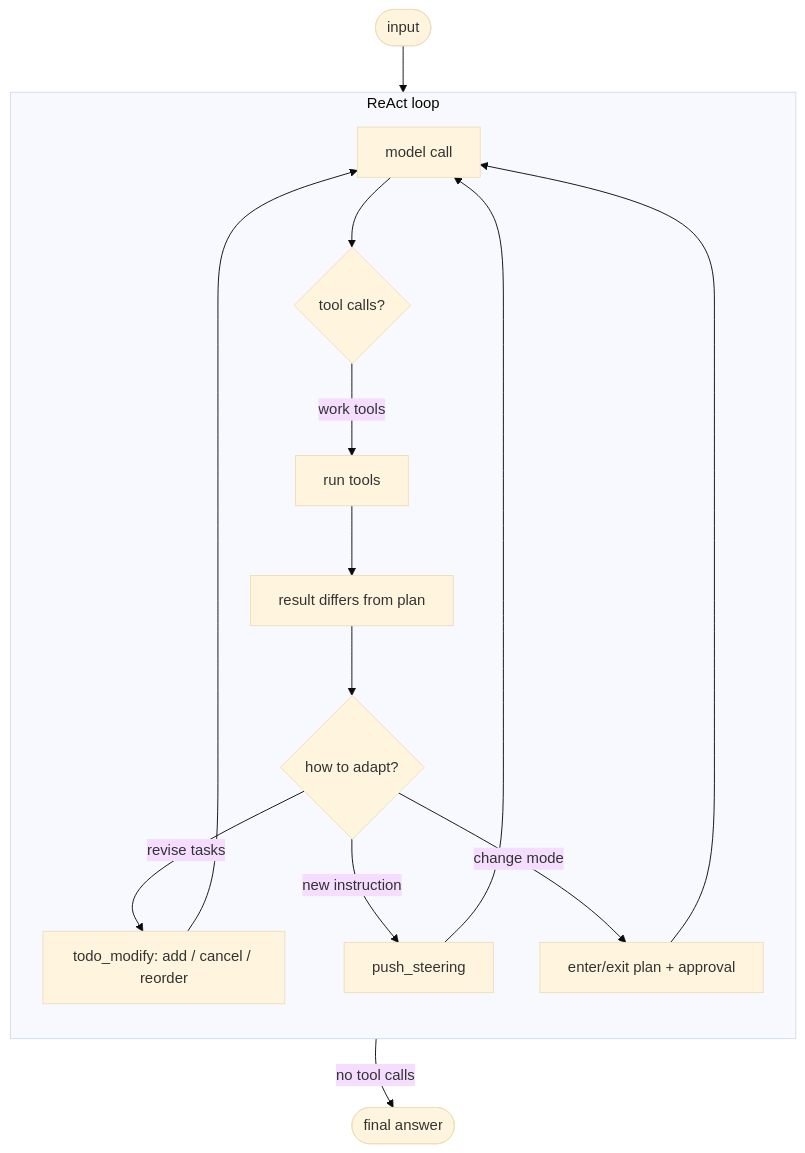
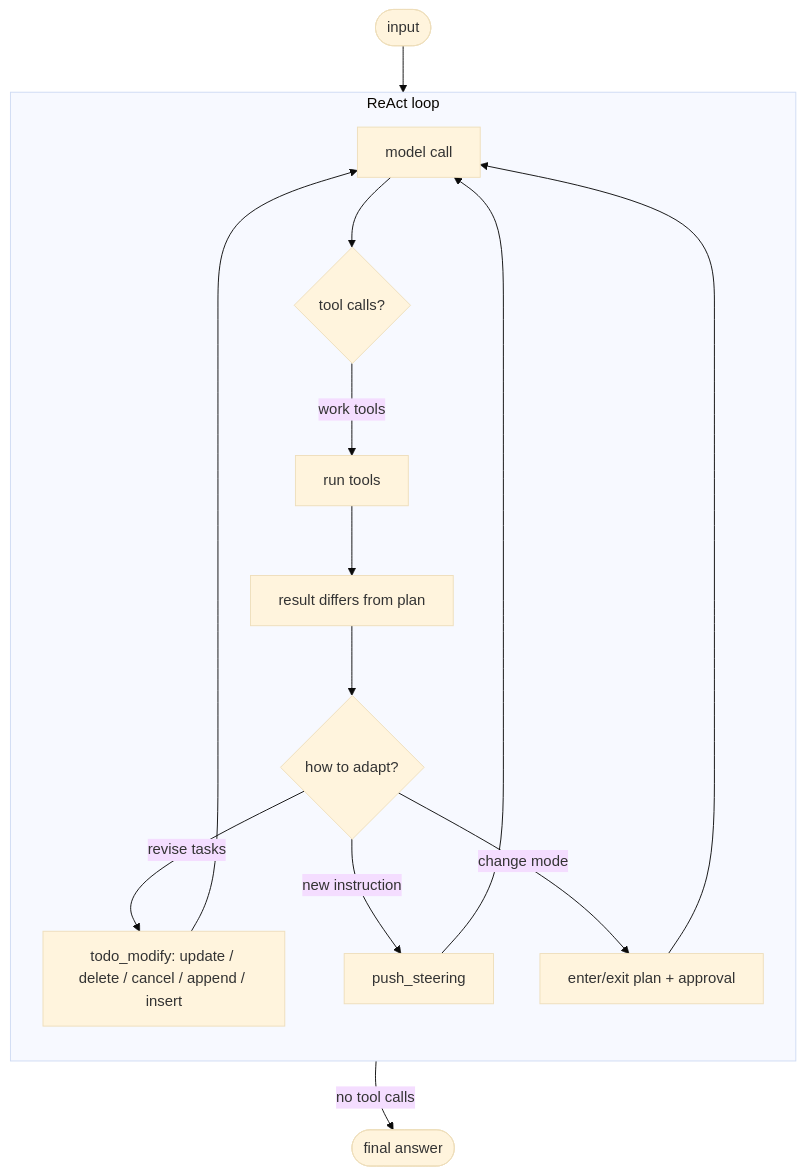
One commit to michaelatamuk/openjiuwen-jiuwenswarm changed the eighth of 49 diagrams in docs-michael/interview_questions/06-agents-tools-and-memory.md. Above: the diagram before and after it, drawn with Mermaid (base theme). The commit also changed other lines of this file and 6 other files, not shown here.

````diff
--- a/docs-michael/interview_questions/06-agents-tools-and-memory.md
+++ b/docs-michael/interview_questions/06-agents-tools-and-memory.md
@@ -184,14 +184,14 @@
 ```mermaid
 flowchart TD
     I(["input"]) --> M
     subgraph LOOP["ReAct loop"]
     direction TB
         M["model call"] --> D{"tool calls?"}
         D -->|"work tools"| W["run tools"] --> RC["result differs from plan"] --> AD{"how to adapt?"}
-        AD -->|"revise tasks"| T["todo_modify: add / cancel / reorder"] --> M
+        AD -->|"revise tasks"| T["todo_modify: update / delete / cancel / append / insert"] --> M
         AD -->|"new instruction"| S["push_steering"] --> M
         AD -->|"change mode"| P["enter/exit plan + approval"] --> M
     end
     D -->|"no tool calls"| A(["final answer"])
     T ~~~ A
 ```
````
